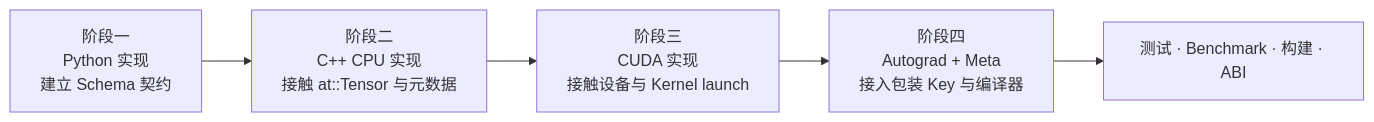
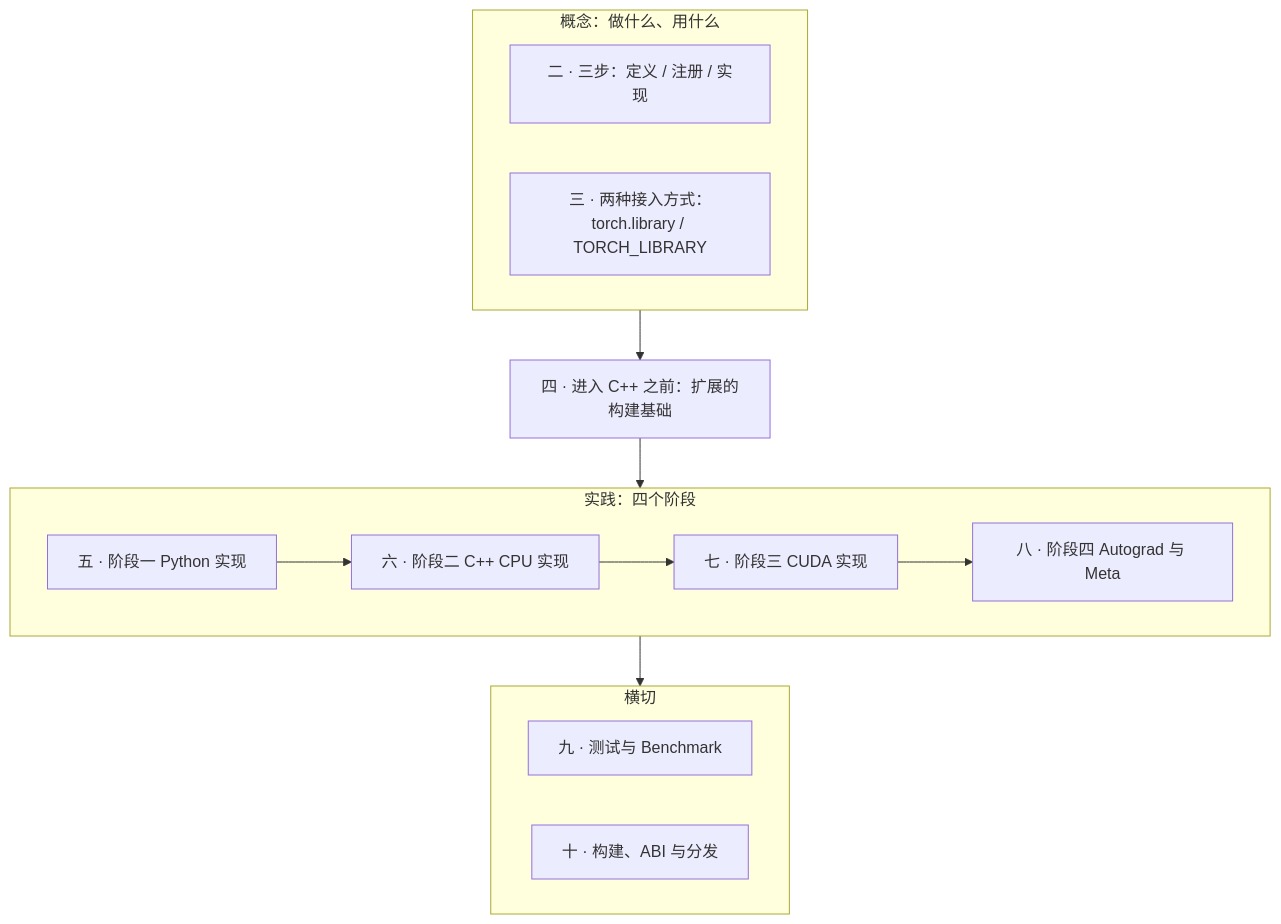
The first of 3 diagrams in _posts/2026-04-07-pytorch-cpp-extension-and-custom-operators.md (arganzheng/arganzheng.github.com), drawn with Mermaid before and after one commit. The commit also changed other lines of this file, not shown here.

````diff
--- a/_posts/2026-04-07-pytorch-cpp-extension-and-custom-operators.md
+++ b/_posts/2026-04-07-pytorch-cpp-extension-and-custom-operators.md
@@ -49,7 +42,16 @@
 ```mermaid
-flowchart LR
-    S1[阶段一<br/>Python 实现<br/>建立 Schema 契约] --> S2[阶段二<br/>C++ CPU 实现<br/>接触 at::Tensor 与元数据]
-    S2 --> S3[阶段三<br/>CUDA 实现<br/>接触设备与 Kernel launch]
-    S3 --> S4[阶段四<br/>Autograd + Meta<br/>接入包装 Key 与编译器]
-    S4 --> V[测试 · Benchmark · 构建 · ABI]
+flowchart TB
+    subgraph C[概念：做什么、用什么]
+        C2[二 · 三步：定义 / 注册 / 实现]
+        C3[三 · 两种接入方式：torch.library / TORCH_LIBRARY]
+    end
+    C4[四 · 进入 C++ 之前：扩展的构建基础]
+    subgraph S[实践：四个阶段]
+        S5[五 · 阶段一 Python 实现] --> S6[六 · 阶段二 C++ CPU 实现] --> S7[七 · 阶段三 CUDA 实现] --> S8[八 · 阶段四 Autograd 与 Meta]
+    end
+    subgraph X[横切]
+        X9[九 · 测试与 Benchmark]
+        X10[十 · 构建、ABI 与分发]
+    end
+    C --> C4 --> S --> X
 ```
````
